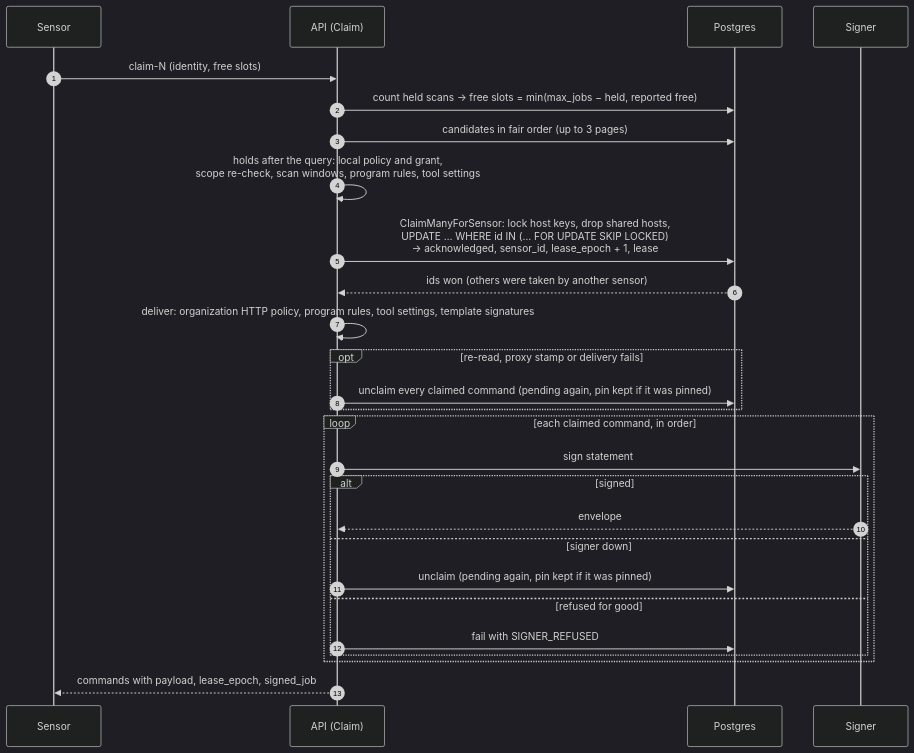
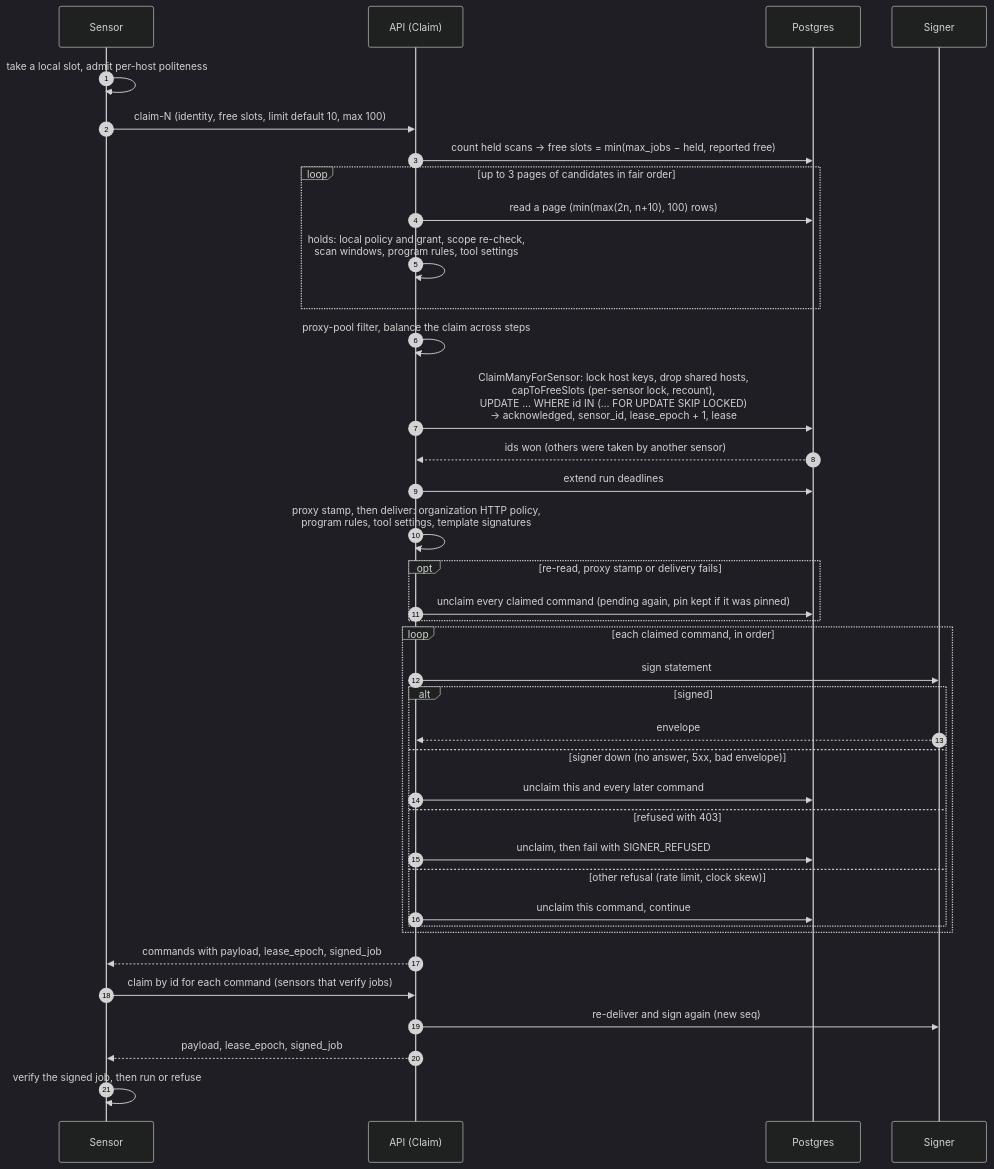
Before and after one commit to openctemio/openctem: the fifth of 10 diagrams in api/docs/architecture/job-dispatch.md, drawn with Mermaid (dark theme). The commit also changed other lines of this file and 11 other files, not shown here.

First line of the commit message:
docs(architecture): verified flow diagrams for scans, dispatch and ingest

````diff
--- a/api/docs/architecture/job-dispatch.md
+++ b/api/docs/architecture/job-dispatch.md
@@ -267,29 +294,40 @@
 ```mermaid
 sequenceDiagram
   autonumber
   participant S as Sensor
   participant API as API (Claim)
   participant DB as Postgres
   participant SG as Signer
-  S->>API: claim-N (identity, free slots)
+  S->>S: take a local slot, admit per-host politeness
+  S->>API: claim-N (identity, free slots, limit default 10, max 100)
   API->>DB: count held scans → free slots = min(max_jobs − held, reported free)
-  API->>DB: candidates in fair order (up to 3 pages)
-  API->>API: holds after the query: local policy and grant,<br/>scope re-check, scan windows, program rules, tool settings
-  API->>DB: ClaimManyForSensor: lock host keys, drop shared hosts,<br/>UPDATE … WHERE id IN (… FOR UPDATE SKIP LOCKED)<br/>→ acknowledged, sensor_id, lease_epoch + 1, lease
+  loop up to 3 pages of candidates in fair order
+    API->>DB: read a page (min(max(2n, n+10), 100) rows)
+    API->>API: holds: local policy and grant, scope re-check,<br/>scan windows, program rules, tool settings
+  end
+  API->>API: proxy-pool filter, balance the claim across steps
+  API->>DB: ClaimManyForSensor: lock host keys, drop shared hosts,<br/>capToFreeSlots (per-sensor lock, recount),<br/>UPDATE … WHERE id IN (… FOR UPDATE SKIP LOCKED)<br/>→ acknowledged, sensor_id, lease_epoch + 1, lease
   DB-->>API: ids won (others were taken by another sensor)
-  API->>API: deliver: organization HTTP policy, program rules, tool settings, template signatures
+  API->>DB: extend run deadlines
+  API->>API: proxy stamp, then deliver: organization HTTP policy,<br/>program rules, tool settings, template signatures
   opt re-read, proxy stamp or delivery fails
     API->>DB: unclaim every claimed command (pending again, pin kept if it was pinned)
   end
   loop each claimed command, in order
     API->>SG: sign statement
     alt signed
       SG-->>API: envelope
-    else signer down
-      API->>DB: unclaim (pending again, pin kept if it was pinned)
-    else refused for good
-      API->>DB: fail with SIGNER_REFUSED
+    else signer down (no answer, 5xx, bad envelope)
+      API->>DB: unclaim this and every later command
+    else refused with 403
+      API->>DB: unclaim, then fail with SIGNER_REFUSED
+    else other refusal (rate limit, clock skew)
+      API->>DB: unclaim this command, continue
     end
   end
   API-->>S: commands with payload, lease_epoch, signed_job
+  S->>API: claim by id for each command (sensors that verify jobs)
+  API->>SG: re-deliver and sign again (new seq)
+  API-->>S: payload, lease_epoch, signed_job
+  S->>S: verify the signed job, then run or refuse
 ```
````
